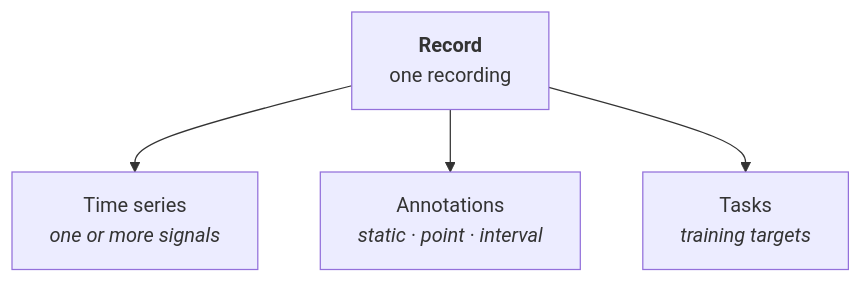
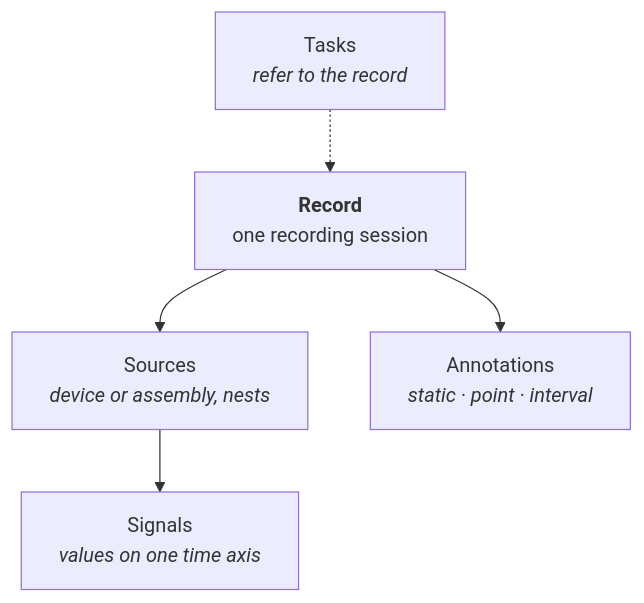
One commit to OpenTSLM/TimeNet changed the diagram in docs/data-model/records.md. Above: the diagram before and after it, drawn with Mermaid. The commit also changed other lines of this file and 257 other files, not shown here.

````diff
--- a/docs/data-model/records.md
+++ b/docs/data-model/records.md
@@ -14,13 +14,11 @@
 ```mermaid
 flowchart TB
-    Record["<b>Record</b><br/>one recording"]
-    TS["Time series<br/><i>one or more signals</i>"]
+    Record["<b>Record</b><br/>one recording session"]
+    SO["Sources<br/><i>device or assembly, nests</i>"]
+    SI["Signals<br/><i>values on one time axis</i>"]
     AN["Annotations<br/><i>static · point · interval</i>"]
-    TK["Tasks<br/><i>training targets</i>"]
-    Record --> TS
+    TK["Tasks<br/><i>refer to the record</i>"]
+    Record --> SO --> SI
     Record --> AN
-    Record --> TK
-    click TS "time-series.html" _self
-    click AN "annotations.html" _self
-    click TK "tasks.html" _self
+    TK -.-> Record
 ```
````
